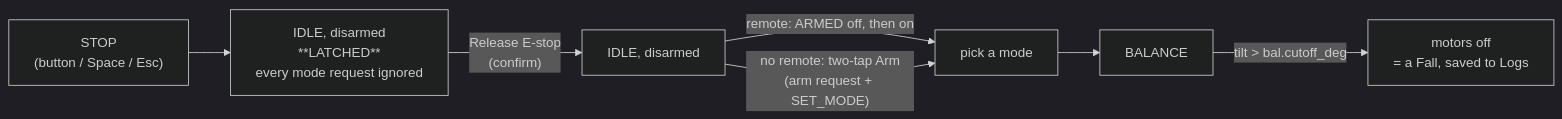
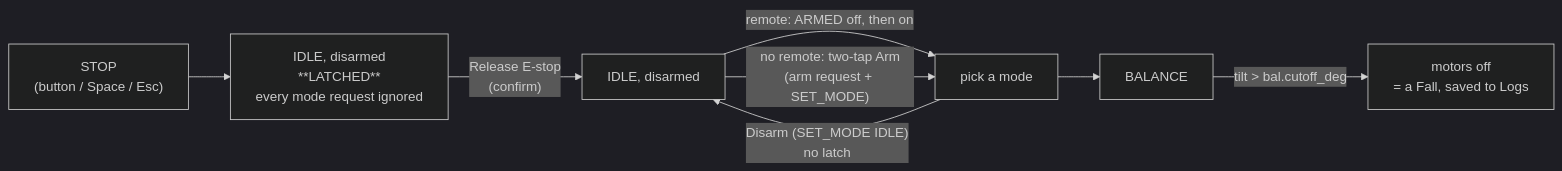
One commit to nespotts/self_balancing_robot_3 changed the diagram in docs/safety.md. Above: the diagram before and after it, drawn with Mermaid (dark theme). The commit also changed other lines of this file and 7 other files, not shown here.

````diff
--- a/docs/safety.md
+++ b/docs/safety.md
@@ -3,9 +3,10 @@
 ```mermaid
 flowchart LR
   S["STOP<br>(button / Space / Esc)"] --> L["IDLE, disarmed<br>**LATCHED**<br>every mode request ignored"]
   L -- "Release E-stop<br>(confirm)" --> D["IDLE, disarmed"]
   D -- "remote: ARMED off, then on" --> M["pick a mode"]
   D -- "no remote: two-tap Arm<br>(arm request + SET_MODE)" --> M
+  M -- "Disarm (SET_MODE IDLE)<br>no latch" --> D
   M --> B["BALANCE"]
   B -- "tilt > bal.cutoff_deg" --> F["motors off<br>= a Fall, saved to Logs"]
 ```
````
